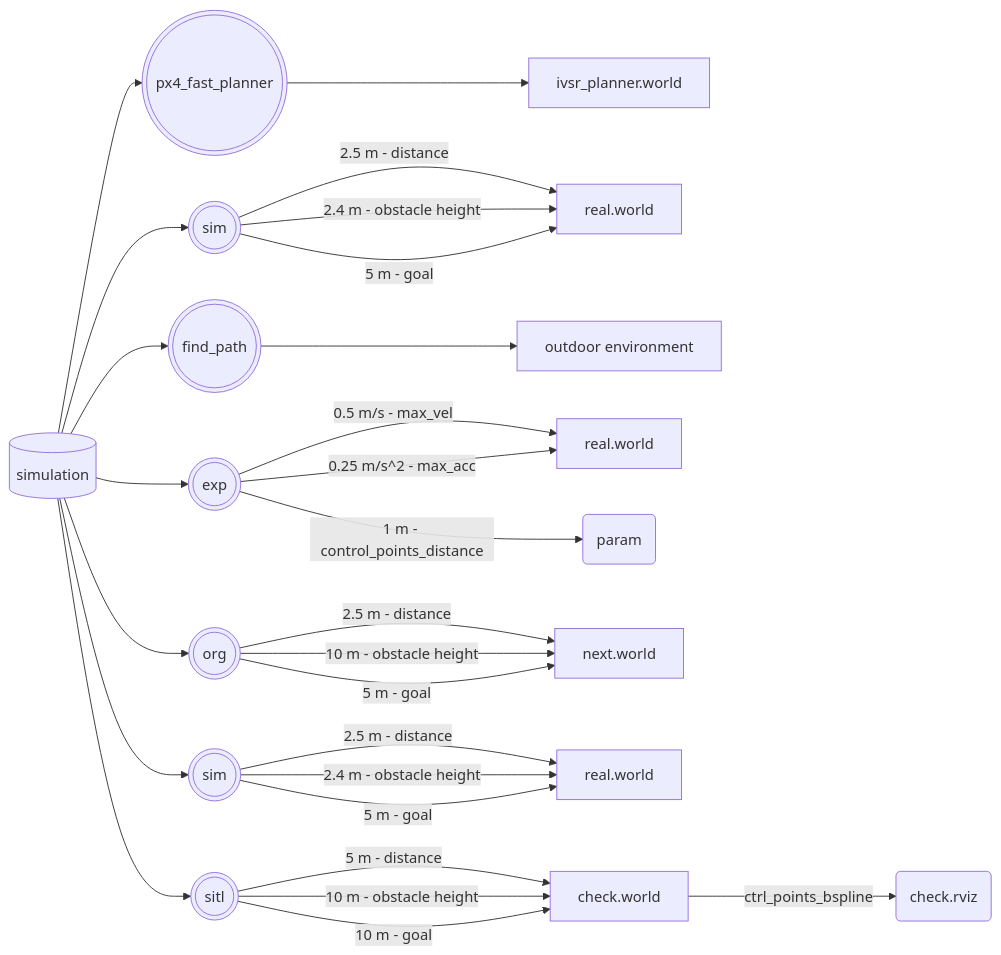
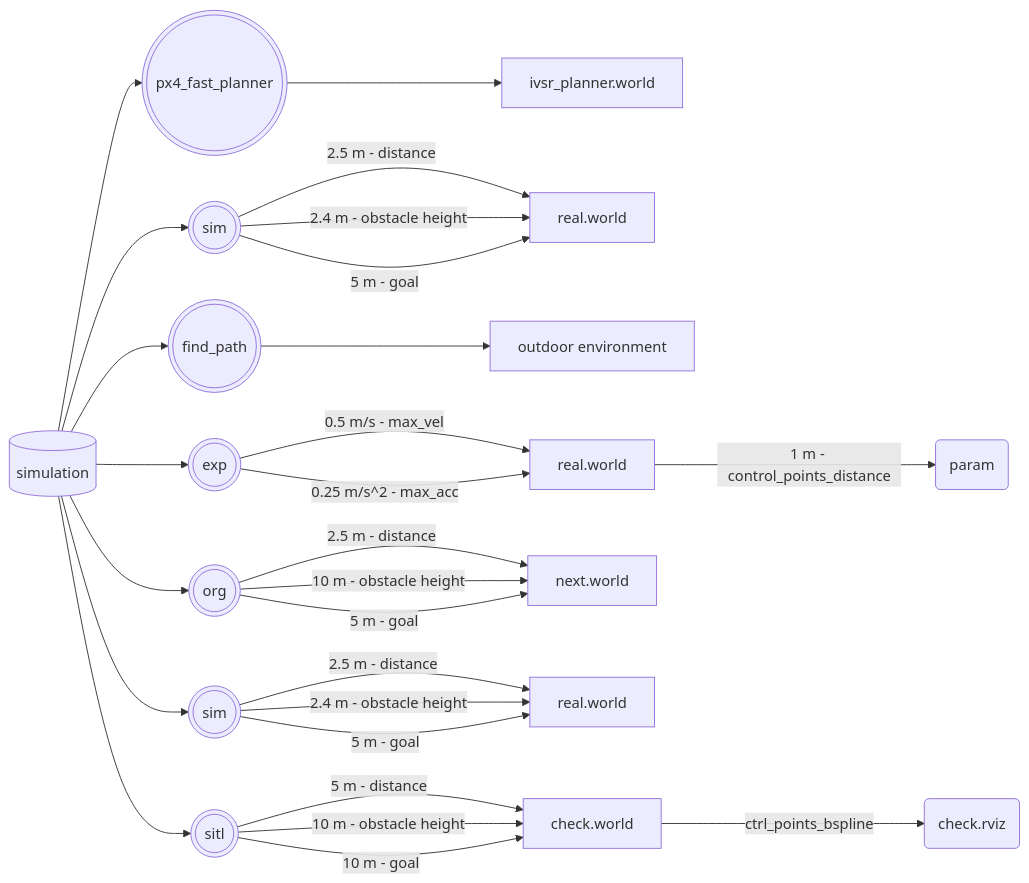
The third of 5 diagrams in sp_code/system.md (Dieptranivsr/drone_extend), drawn with Mermaid before and after one commit.

````diff
--- a/sp_code/system.md
+++ b/sp_code/system.md
@@ -12,29 +12,29 @@
 ```mermaid
 flowchart LR 
 
 id1[(simulation)] --> id2(((px4_fast_planner)))
 id2 --> id3[ivsr_planner.world]
 id1 --> id4(((sim)))
 id4 -->|2.5 m - distance| id5[real.world]
 id4 -->|2.4 m - obstacle height| id5
 id4 -->|5 m - goal| id5
 id1 --> id6(((find_path)))
 id6 --> id7[outdoor environment]
 id1 --> id8(((exp)))
 id8 -->|0.5 m/s - max_vel| id9[real.world]
 id8 -->|0.25 m/s^2 - max_acc| id9
-id8 -->|1 m - control_points_distance| id10(param)
+id9 -->|1 m - control_points_distance| id10(param)
 id1 --> id11(((org)))
 id11 -->|2.5 m - distance| id12[next.world]
 id11 -->|10 m - obstacle height| id12
 id11 -->|5 m - goal| id12
 id1 --> id13(((sim)))
 id13 -->|2.5 m - distance| id14[real.world]
 id13 -->|2.4 m - obstacle height| id14
 id13 -->|5 m - goal| id14
 id1 --> id15(((sitl)))
 id15 -->|5 m - distance| id16[check.world]
 id15 -->|10 m - obstacle height| id16
 id15 -->|10 m - goal| id16
 id16 -->|ctrl_points_bspline| id17(check.rviz)
 ```
````
